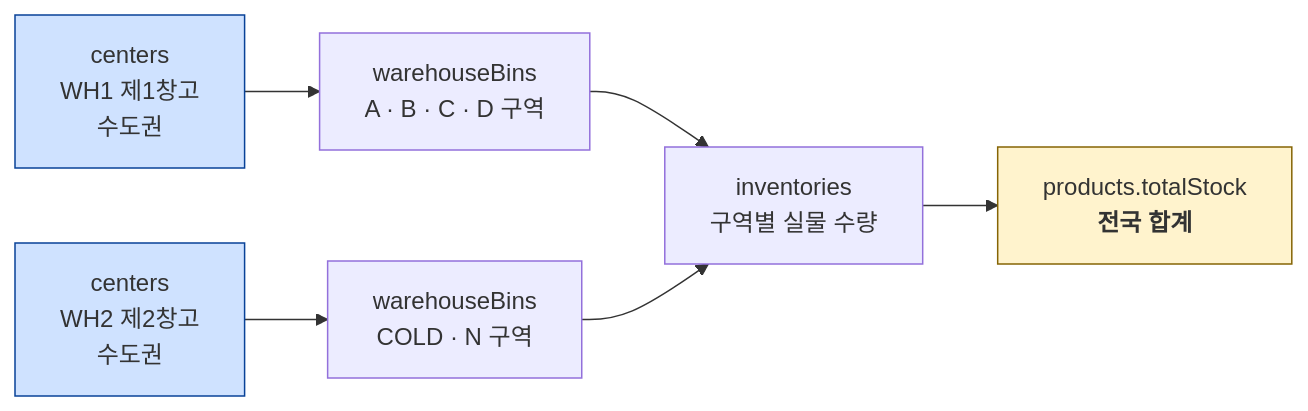
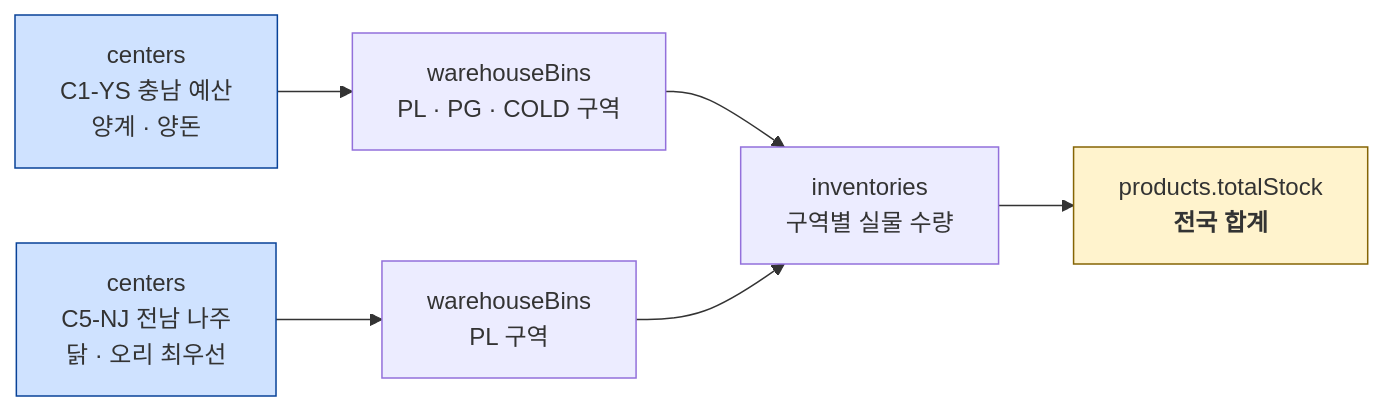
One commit to Lyw4/pg changed the second of 5 diagrams in docs/erd.md. Above: the diagram before and after it, drawn with Mermaid. The commit also changed other lines of this file and 13 other files, not shown here.

````diff
--- a/docs/erd.md
+++ b/docs/erd.md
@@ -150,12 +152,12 @@
 ```mermaid
 flowchart LR
-    C1["centers<br/>WH1 제1창고<br/>수도권"] --> B1["warehouseBins<br/>A · B · C · D 구역"]
-    C2["centers<br/>WH2 제2창고<br/>수도권"] --> B2["warehouseBins<br/>COLD · N 구역"]
+    C1["centers<br/>C1-YS 충남 예산<br/>양계 · 양돈"] --> B1["warehouseBins<br/>PL · PG · COLD 구역"]
+    C2["centers<br/>C5-NJ 전남 나주<br/>닭 · 오리 최우선"] --> B2["warehouseBins<br/>PL 구역"]
     B1 --> I1["inventories<br/>구역별 실물 수량"]
     B2 --> I1
     I1 --> T["products.totalStock<br/><b>전국 합계</b>"]
 
     style C1 fill:#cfe2ff,stroke:#084298
     style C2 fill:#cfe2ff,stroke:#084298
     style T fill:#fff3cd,stroke:#856404
 ```
````
